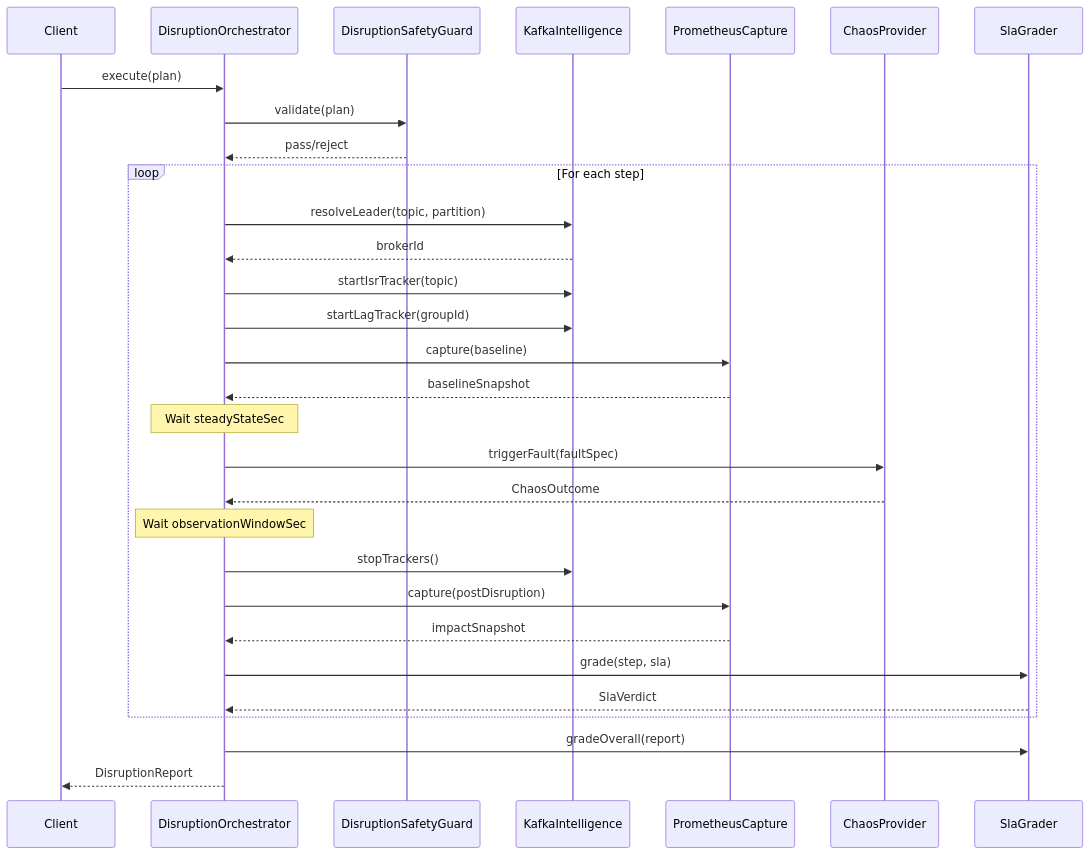
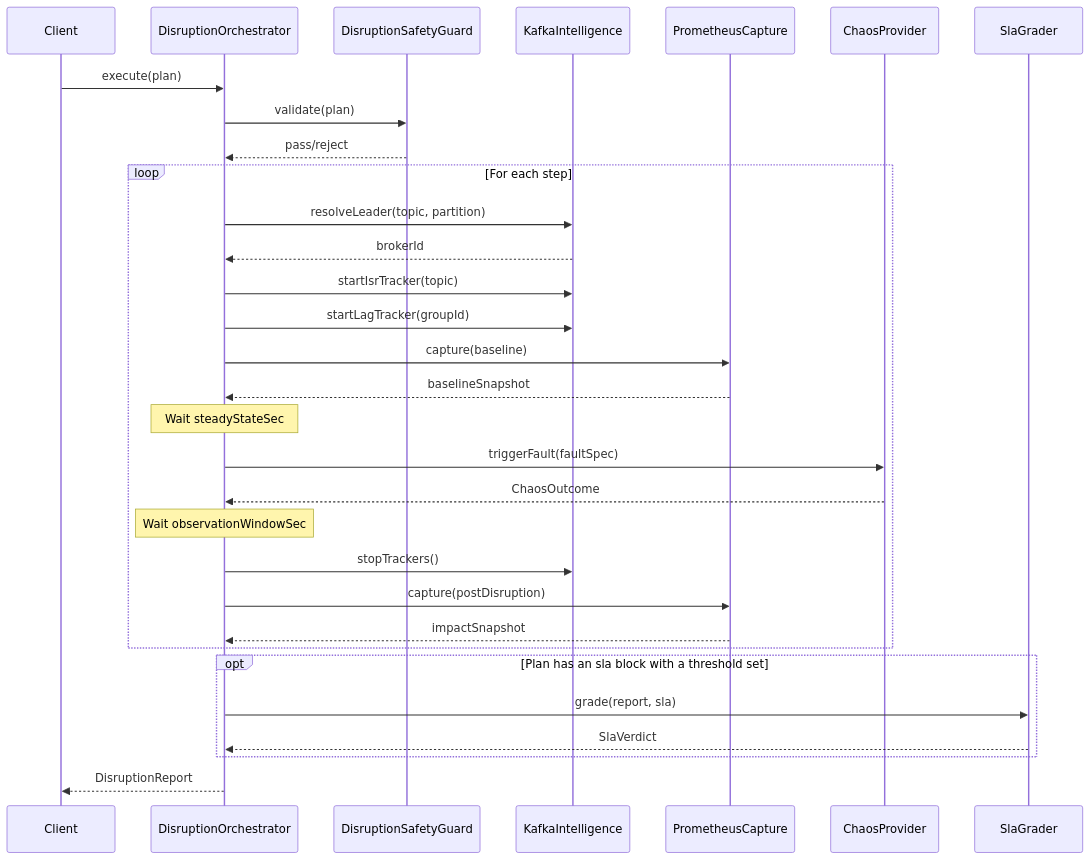
One commit to bmscomp/kates changed the first of 3 diagrams in kates/docs/disruption-guide.md. Above: the diagram before and after it, drawn with Mermaid. The commit also changed other lines of this file and 1 other file, not shown here.

Commit message:
docs(disruption): make the JSON plan examples and SLA grading match the code

````diff
--- a/kates/docs/disruption-guide.md
+++ b/kates/docs/disruption-guide.md
@@ -237,35 +249,36 @@
 ```mermaid
 sequenceDiagram
     participant Client
     participant Orchestrator as DisruptionOrchestrator
     participant Safety as DisruptionSafetyGuard
     participant Intel as KafkaIntelligence
     participant Prom as PrometheusCapture
     participant Chaos as ChaosProvider
     participant Grader as SlaGrader
 
     Client->>Orchestrator: execute(plan)
     Orchestrator->>Safety: validate(plan)
     Safety-->>Orchestrator: pass/reject
 
     loop For each step
         Orchestrator->>Intel: resolveLeader(topic, partition)
         Intel-->>Orchestrator: brokerId
         Orchestrator->>Intel: startIsrTracker(topic)
         Orchestrator->>Intel: startLagTracker(groupId)
         Orchestrator->>Prom: capture(baseline)
         Prom-->>Orchestrator: baselineSnapshot
         Note over Orchestrator: Wait steadyStateSec
         Orchestrator->>Chaos: triggerFault(faultSpec)
         Chaos-->>Orchestrator: ChaosOutcome
         Note over Orchestrator: Wait observationWindowSec
         Orchestrator->>Intel: stopTrackers()
         Orchestrator->>Prom: capture(postDisruption)
         Prom-->>Orchestrator: impactSnapshot
-        Orchestrator->>Grader: grade(step, sla)
+    end
+
+    opt Plan has an sla block with a threshold set
+        Orchestrator->>Grader: grade(report, sla)
         Grader-->>Orchestrator: SlaVerdict
     end
-
-    Orchestrator->>Grader: gradeOverall(report)
     Orchestrator-->>Client: DisruptionReport
 ```
````
